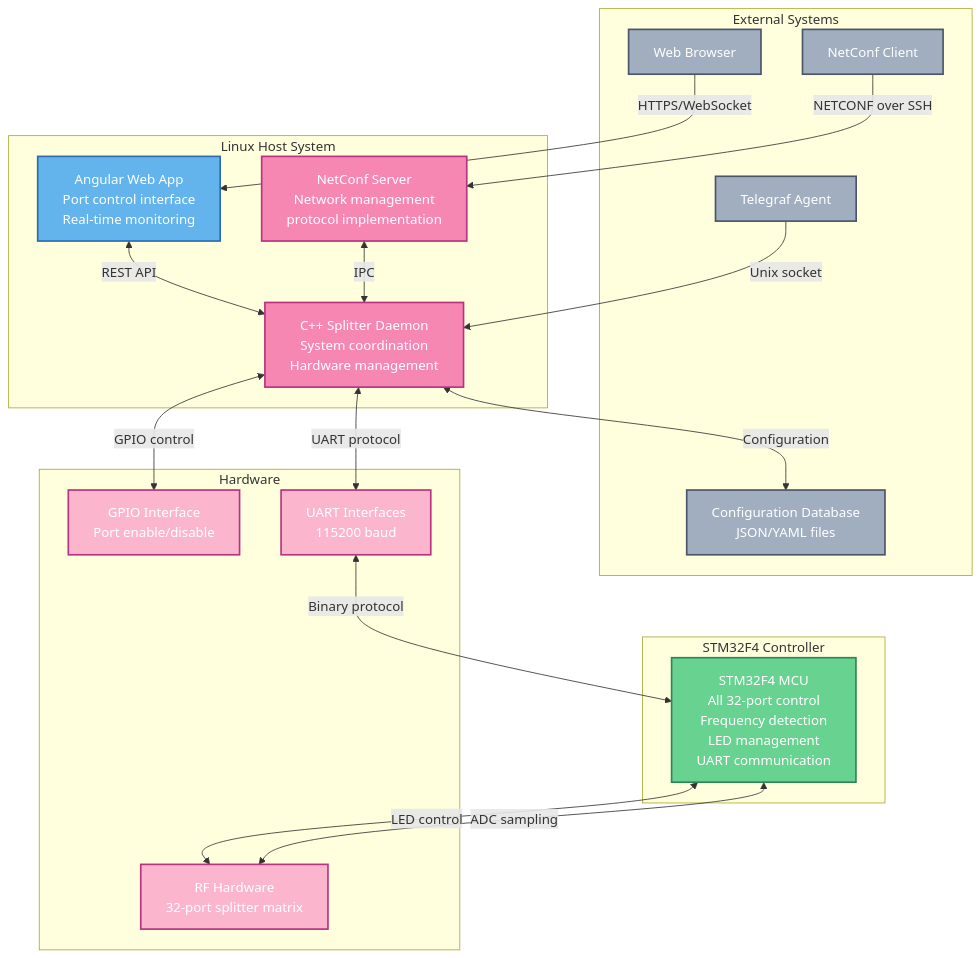
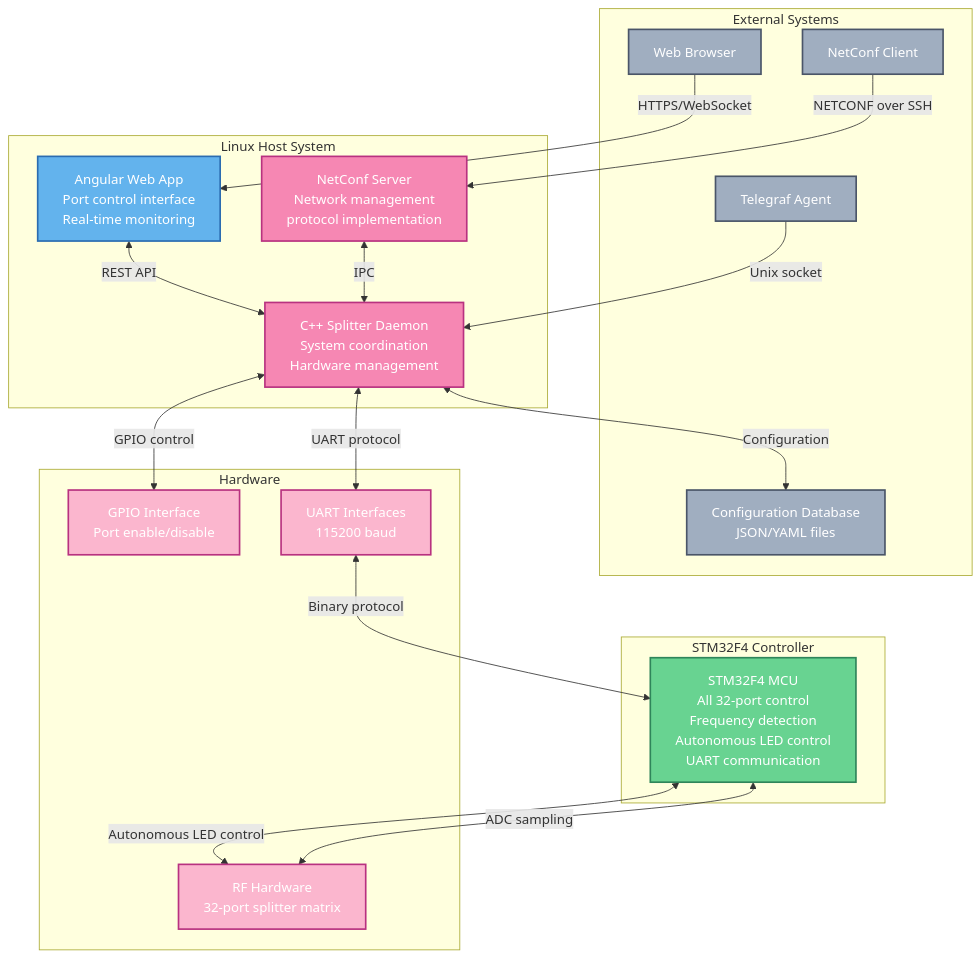
Before and after one commit to alandovskis/lband-splitter: the second of 5 diagrams in README.md, drawn with Mermaid. The commit also changed other lines of this file and 11 other files, not shown here.

````diff
--- a/README.md
+++ b/README.md
@@ -48,52 +48,52 @@
 ```mermaid
 graph TB
     subgraph "Linux Host System"
         WebApp[Angular Web App<br/>Port control interface<br/>Real-time monitoring]
         Daemon[C++ Splitter Daemon<br/>System coordination<br/>Hardware management]
         NetConfServer[NetConf Server<br/>Network management<br/>protocol implementation]
     end
     
     subgraph "STM32F4 Controller"
-        STM32[STM32F4 MCU<br/>All 32-port control<br/>Frequency detection<br/>LED management<br/>UART communication]
+        STM32[STM32F4 MCU<br/>All 32-port control<br/>Frequency detection<br/>Autonomous LED control<br/>UART communication]
     end
     
     subgraph "External Systems"
         Browser[Web Browser]
         NetConfClient[NetConf Client]
         Monitoring[Telegraf Agent]
         Database[Configuration Database<br/>JSON/YAML files]
     end
     
     subgraph "Hardware"
         GPIO[GPIO Interface<br/>Port enable/disable]
         UART[UART Interfaces<br/>115200 baud]
         RF[RF Hardware<br/>32-port splitter matrix]
     end
     
     Browser -->|HTTPS/WebSocket| WebApp
     NetConfClient -->|NETCONF over SSH| NetConfServer
     Monitoring -->|Unix socket| Daemon
     
     WebApp <-->|REST API| Daemon
     NetConfServer <-->|IPC| Daemon
     
     Daemon <-->|Configuration| Database
     Daemon <-->|GPIO control| GPIO
     Daemon <-->|UART protocol| UART
     
     UART <-->|Binary protocol| STM32
-    STM32 <-->|LED control| RF
+    STM32 <-->|Autonomous LED control| RF
     STM32 <-->|ADC sampling| RF
     
     classDef webapp fill:#63B3ED,stroke:#2B6CB0,stroke-width:2px,color:#fff
     classDef daemon fill:#F687B3,stroke:#B83280,stroke-width:2px,color:#fff
     classDef firmware fill:#68D391,stroke:#2F855A,stroke-width:2px,color:#fff
     classDef external fill:#A0AEC0,stroke:#4A5568,stroke-width:2px,color:#fff
     classDef hardware fill:#FBB6CE,stroke:#B83280,stroke-width:2px,color:#fff
     
     class WebApp webapp
     class Daemon,NetConfServer daemon
     class STM32 firmware
     class Browser,NetConfClient,Monitoring,Database external
     class GPIO,UART,RF hardware
 ```
````
